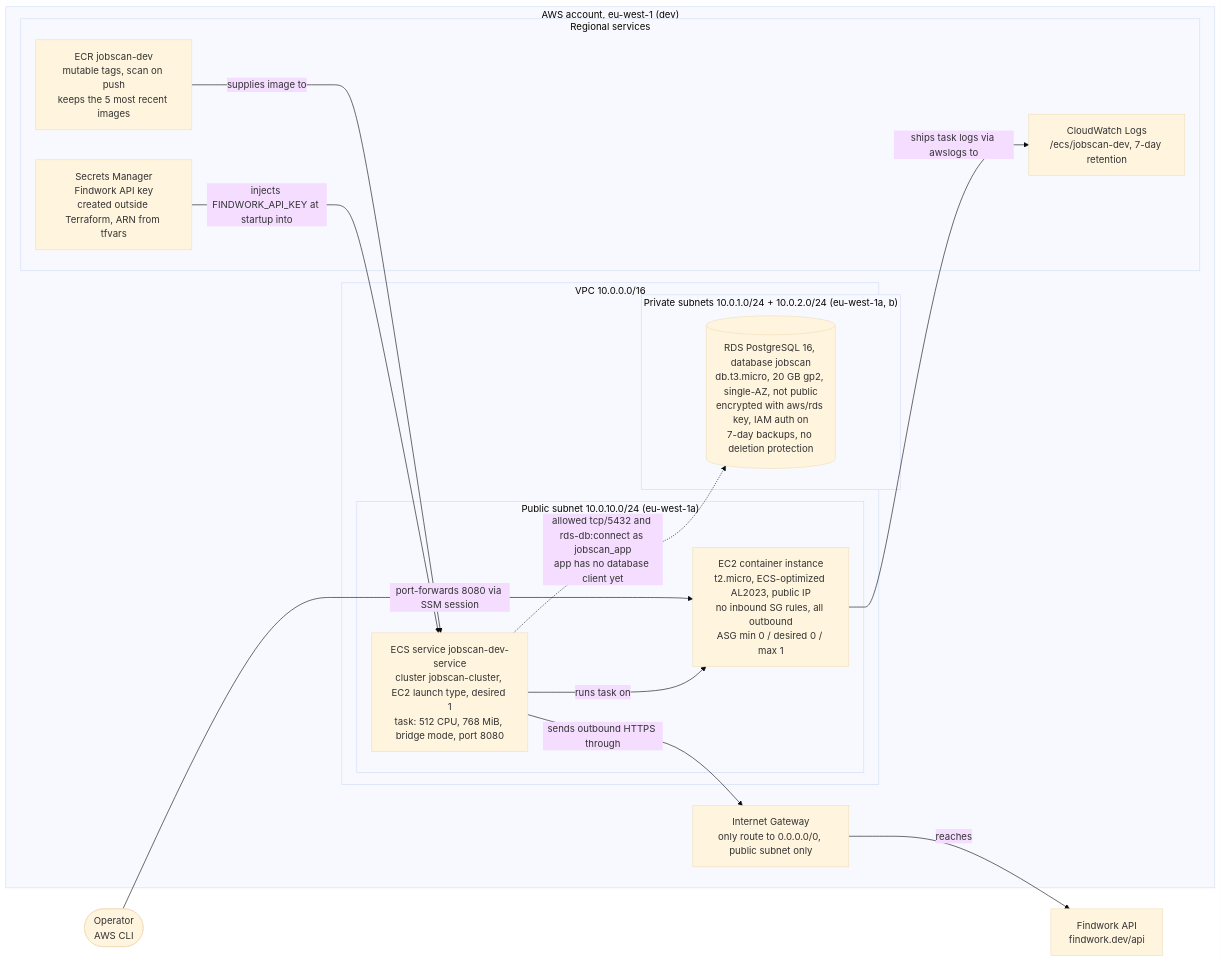
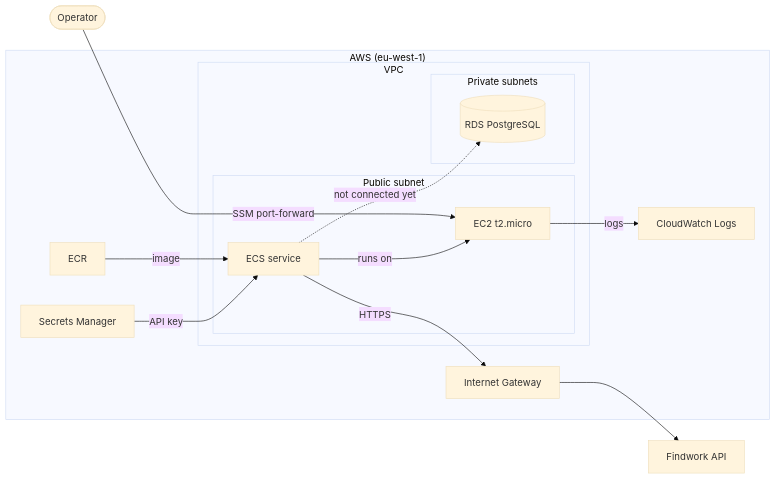
The diagram in README.md (ferranmarlet/job-scanner), drawn with Mermaid (base theme) before and after one commit. The commit also changed 1 other file, not shown here.

Commit message:
feat: simplify architecture diagram

````diff
--- a/README.md
+++ b/README.md
@@ -109,39 +109,35 @@
 ```mermaid
-%% source: terraform/main.tf, terraform/variables.tf, terraform/dev.tfvars (environment: dev, working tree)
-%% source: runtime edges to Findwork from src/main/resources/application.properties; operator edge from README.md; deployment workflow (scripts/*.sh) left out on purpose
+%% source: terraform/main.tf, terraform/dev.tfvars (environment: dev); Findwork edge from application.properties; operator edge from README.md
 flowchart LR
-    operator(["Operator<br/>AWS CLI"])
-    findworkApi["Findwork API<br/>findwork.dev/api"]
+    operator(["Operator"])
+    findworkApi["Findwork API"]
 
-    subgraph awsAccount["AWS account, eu-west-1 (dev)"]
-        internetGateway["Internet Gateway<br/>only route to 0.0.0.0/0, public subnet only"]
+    subgraph awsAccount["AWS (eu-west-1)"]
+        internetGateway["Internet Gateway"]
+        ecrRepository["ECR"]
+        cloudwatchLogs["CloudWatch Logs"]
+        findworkSecret["Secrets Manager"]
 
-        subgraph vpc["VPC 10.0.0.0/16"]
-            subgraph publicSubnet["Public subnet 10.0.10.0/24 (eu-west-1a)"]
-                appService["ECS service jobscan-dev-service<br/>cluster jobscan-cluster, EC2 launch type, desired 1<br/>task: 512 CPU, 768 MiB, bridge mode, port 8080"]
-                ecsInstance["EC2 container instance<br/>t2.micro, ECS-optimized AL2023, public IP<br/>no inbound SG rules, all outbound<br/>ASG min 0 / desired 0 / max 1"]
+        subgraph vpc["VPC"]
+            subgraph publicSubnet["Public subnet"]
+                appService["ECS service"]
+                ecsInstance["EC2 t2.micro"]
             end
 
-            subgraph privateSubnets["Private subnets 10.0.1.0/24 + 10.0.2.0/24 (eu-west-1a, b)"]
-                rdsPostgres[("RDS PostgreSQL 16, database jobscan<br/>db.t3.micro, 20 GB gp2, single-AZ, not public<br/>encrypted with aws/rds key, IAM auth on<br/>7-day backups, no deletion protection")]
+            subgraph privateSubnets["Private subnets"]
+                rdsPostgres[("RDS PostgreSQL")]
             end
-        end
-
-        subgraph regionalServices["Regional services"]
-            ecrRepository["ECR jobscan-dev<br/>mutable tags, scan on push<br/>keeps the 5 most recent images"]
-            cloudwatchLogs["CloudWatch Logs<br/>/ecs/jobscan-dev, 7-day retention"]
-            findworkSecret["Secrets Manager<br/>Findwork API key<br/>created outside Terraform, ARN from tfvars"]
         end
     end
 
     operator ~~~ appService
-    operator -->|"port-forwards 8080 via SSM session"| ecsInstance
+    operator -->|"SSM port-forward"| ecsInstance
 
-    appService -->|"runs task on"| ecsInstance
-    ecrRepository -->|"supplies image to"| appService
-    findworkSecret -->|"injects FINDWORK_API_KEY at startup into"| appService
-    ecsInstance -->|"ships task logs via awslogs to"| cloudwatchLogs
-    appService -->|"sends outbound HTTPS through"| internetGateway
-    internetGateway -->|"reaches"| findworkApi
-    appService -.->|"allowed tcp/5432 and rds-db:connect as jobscan_app<br/>app has no database client yet"| rdsPostgres
+    appService -->|"runs on"| ecsInstance
+    ecrRepository -->|"image"| appService
+    findworkSecret -->|"API key"| appService
+    ecsInstance -->|"logs"| cloudwatchLogs
+    appService -->|"HTTPS"| internetGateway
+    internetGateway --> findworkApi
+    appService -.->|"not connected yet"| rdsPostgres
 ```
````
